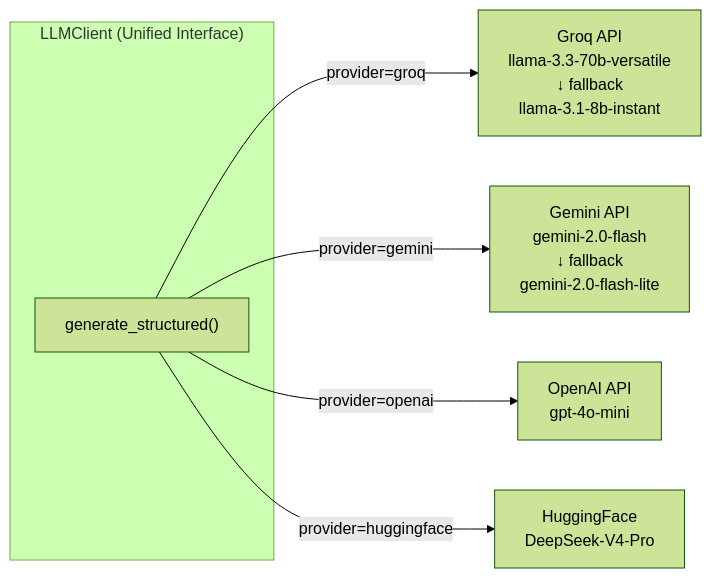
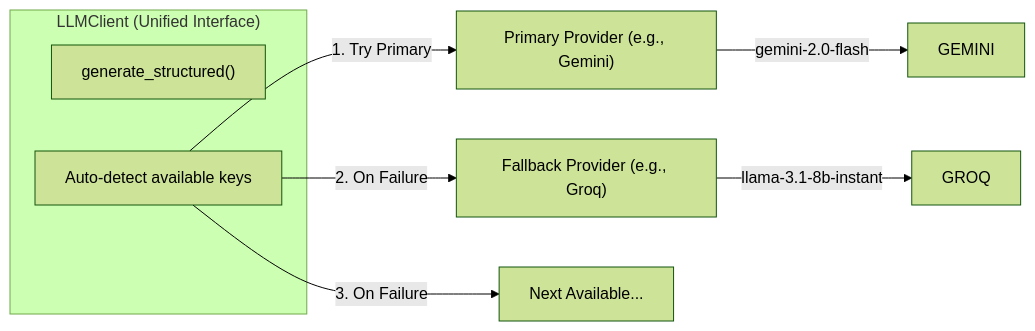
Before and after one commit to EhsaasBhalla/IIT-Mandi: the third of 6 diagrams in DESIGN_DOCUMENT.md, drawn with Mermaid (forest theme). The commit also changed other lines of this file, not shown here.

````diff
--- a/DESIGN_DOCUMENT.md
+++ b/DESIGN_DOCUMENT.md
@@ -323,11 +329,14 @@
 ```mermaid
 graph LR
     subgraph LLMClient["LLMClient (Unified Interface)"]
         GS["generate_structured()"]
+        AC["Auto-detect available keys"]
     end
 
-    GS -->|"provider=groq"| GROQ["Groq API<br/>llama-3.3-70b-versatile<br/>↓ fallback<br/>llama-3.1-8b-instant"]
-    GS -->|"provider=gemini"| GEMINI["Gemini API<br/>gemini-2.0-flash<br/>↓ fallback<br/>gemini-2.0-flash-lite"]
-    GS -->|"provider=openai"| OPENAI["OpenAI API<br/>gpt-4o-mini"]
-    GS -->|"provider=huggingface"| HF["HuggingFace<br/>DeepSeek-V4-Pro"]
+    AC -->|1. Try Primary| P1["Primary Provider (e.g., Gemini)"]
+    AC -->|2. On Failure| P2["Fallback Provider (e.g., Groq)"]
+    AC -->|3. On Failure| P3["Next Available..."]
+
+    P1 -->|"gemini-2.0-flash"| GEMINI
+    P2 -->|"llama-3.1-8b-instant"| GROQ
 ```
````
